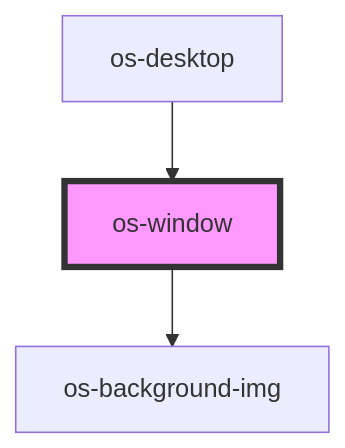
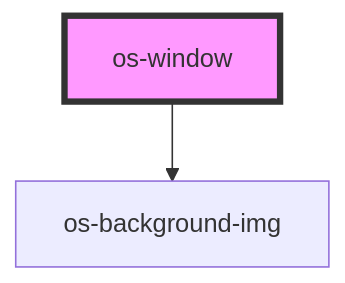
Before and after one commit to neko-chilyann/qx-os: the diagram in src/components/os-window/readme.md, drawn with Mermaid. The commit also changed other lines of this file and 28 other files, not shown here.

````diff
--- a/src/components/os-window/readme.md
+++ b/src/components/os-window/readme.md
@@ -19,6 +15,5 @@
 ```mermaid
 graph TD;
   os-window --> os-background-img
-  os-desktop --> os-window
   style os-window fill:#f9f,stroke:#333,stroke-width:4px
 ```
````
